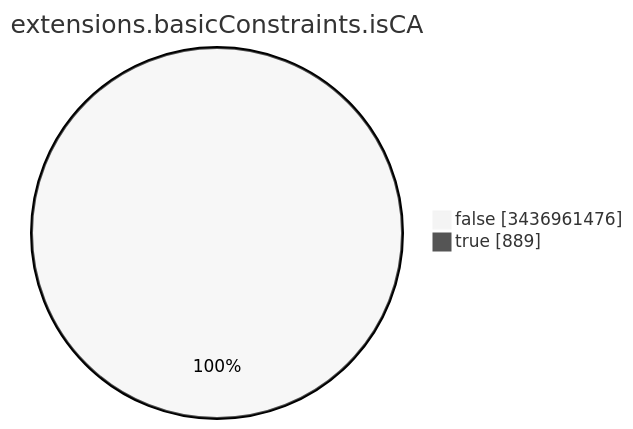
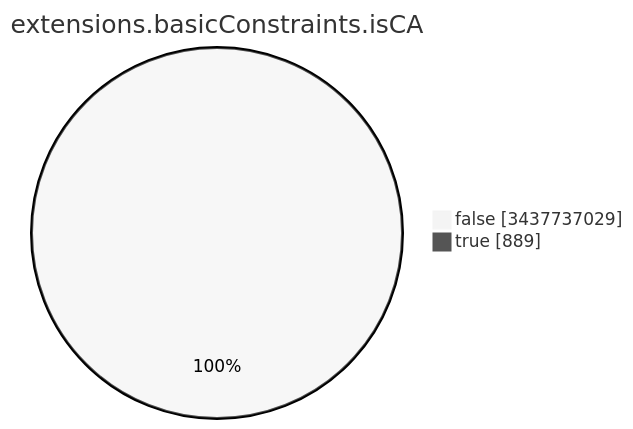
One commit to christiankrug/ctmonitor_visualization changed the seventh of 15 diagrams in TOTAL/README.md. Above: the diagram before and after it, drawn with Mermaid (neutral theme). The commit also changed other lines of this file, not shown here.

````diff
--- a/TOTAL/README.md
+++ b/TOTAL/README.md
@@ -3092,6 +3092,6 @@
 ```mermaid
 pie showData
 title extensions.basicConstraints.isCA
-"false" :3436961476
+"false" :3437737029
 "true" :889
 ```
````
